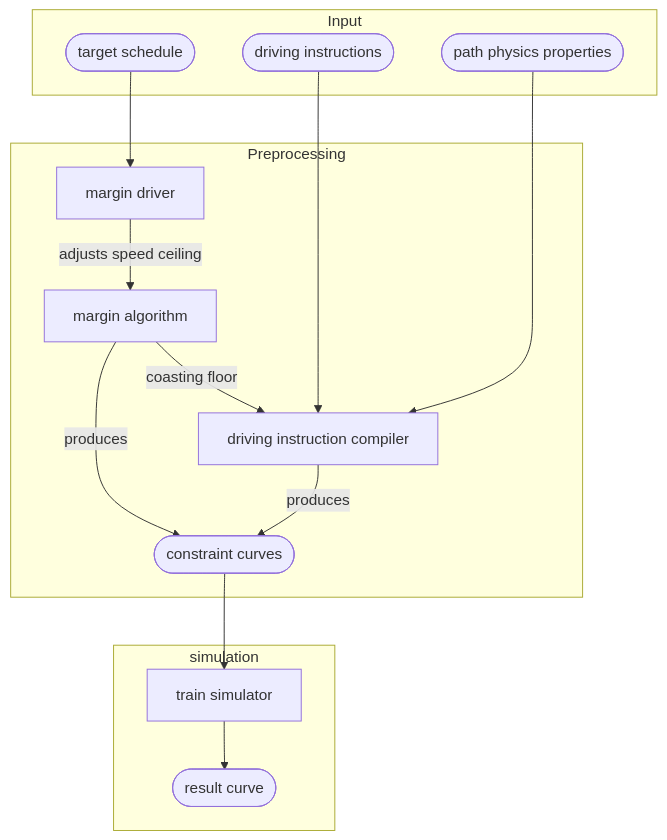
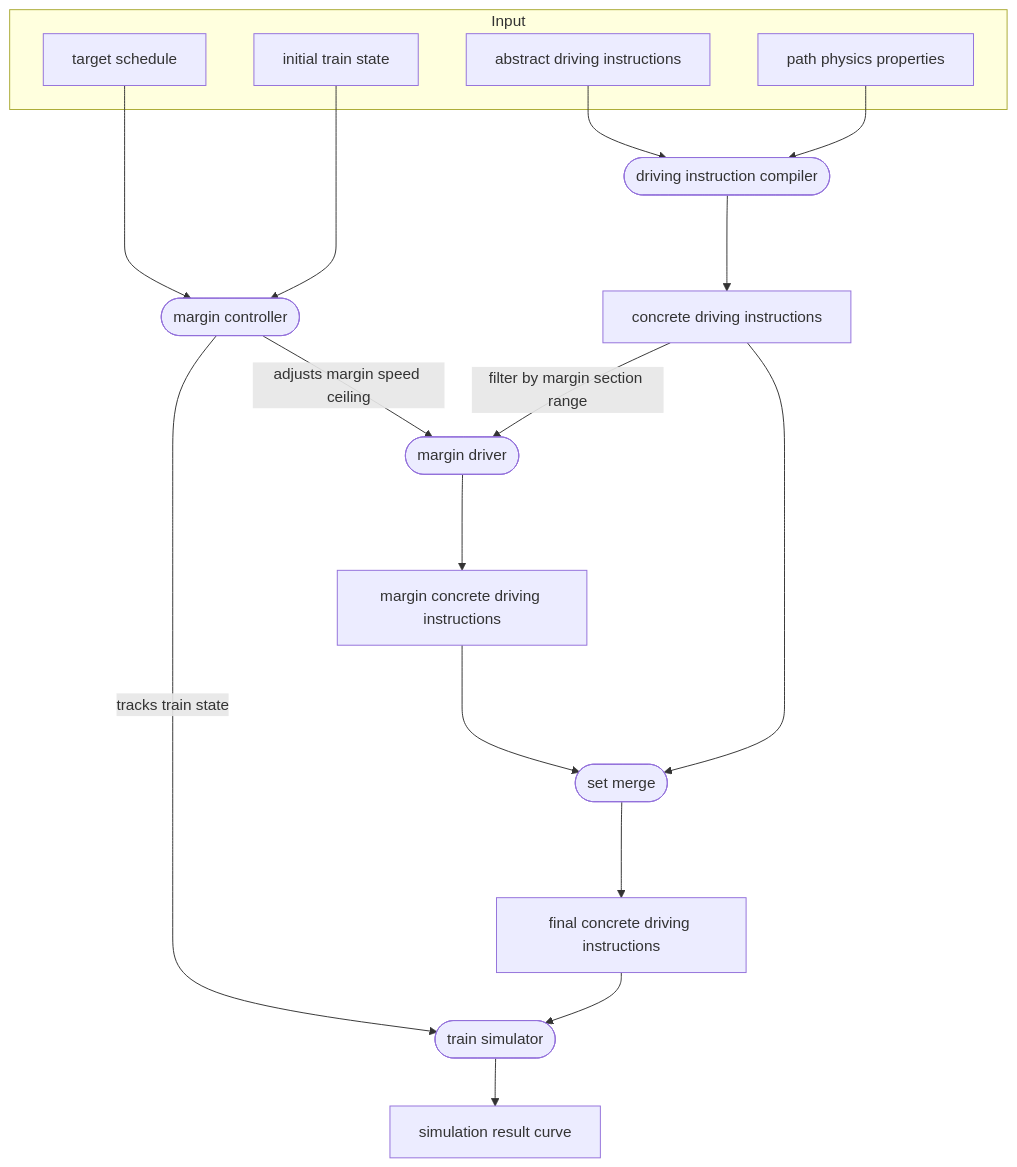
Before and after one commit to OpenRailAssociation/osrd-website: the first of 2 diagrams in content/docs/reference/design-docs/running-time-calculation/_index.en.md, drawn with Mermaid.

Commit message:
update the architecture diagram

````diff
--- a/content/docs/reference/design-docs/running-time-calculation/_index.en.md
+++ b/content/docs/reference/design-docs/running-time-calculation/_index.en.md
@@ -95,32 +95,40 @@
 ```mermaid
 flowchart TD
 subgraph Input
-    PathPhysicsProps([path physics properties])
-    DrivingInstructions([driving instructions])
-    TargetSchedule([target schedule])
+    InitTrainState[initial train state]
+    PathPhysicsProps[path physics properties]
+    AbstractDrivingInstructions[abstract driving instructions]
+    TargetSchedule[target schedule]
 end
 
-subgraph Preprocessing
-    MarginDriver[margin driver]
-    MarginAlgorithm[margin algorithm]
-    DrivingInstructionCompiler[driving instruction compiler]
-    ConstraintCurves([constraint curves])
-end
+DrivingInstructionCompiler([driving instruction compiler])
+ConcreteDrivingInstructions[concrete driving instructions]
+MarginController([margin controller])
+MarginDriver([margin driver])
+MarginDrivingInstructions[margin concrete driving instructions]
+DrivingInstructionsMerge([set merge])
+FinalDrivingInstructions[final concrete driving instructions]
 
-TargetSchedule --> MarginDriver
-MarginDriver -- adjusts speed ceiling --> MarginAlgorithm
-MarginAlgorithm -- "coasting floor" --> DrivingInstructionCompiler
-DrivingInstructions --> DrivingInstructionCompiler
+TargetSchedule --> MarginController
+MarginController -- adjusts margin speed ceiling --> MarginDriver
+AbstractDrivingInstructions --> DrivingInstructionCompiler
 PathPhysicsProps --> DrivingInstructionCompiler
 
-MarginAlgorithm -- produces --> ConstraintCurves
-DrivingInstructionCompiler -- produces --> ConstraintCurves
+MarginDriver ---> MarginDrivingInstructions
+ConcreteDrivingInstructions -- "filter by margin section range" --> MarginDriver
+DrivingInstructionCompiler ---> ConcreteDrivingInstructions
 
-subgraph simulation
-    TrainSim[train simulator]
-    ResultCurve([result curve])
-end
+MarginDrivingInstructions ---> DrivingInstructionsMerge
+ConcreteDrivingInstructions ---> DrivingInstructionsMerge
+DrivingInstructionsMerge ---> FinalDrivingInstructions
 
-ConstraintCurves --> TrainSim
-TrainSim --> ResultCurve
+InitTrainState ---> MarginController
+MarginController -- tracks train state --> TrainSim
+FinalDrivingInstructions --> TrainSim
+
+TrainSim --> SimResults
+
+TrainSim([train simulator])
+SimResults[simulation result curve]
+
 ```
````
